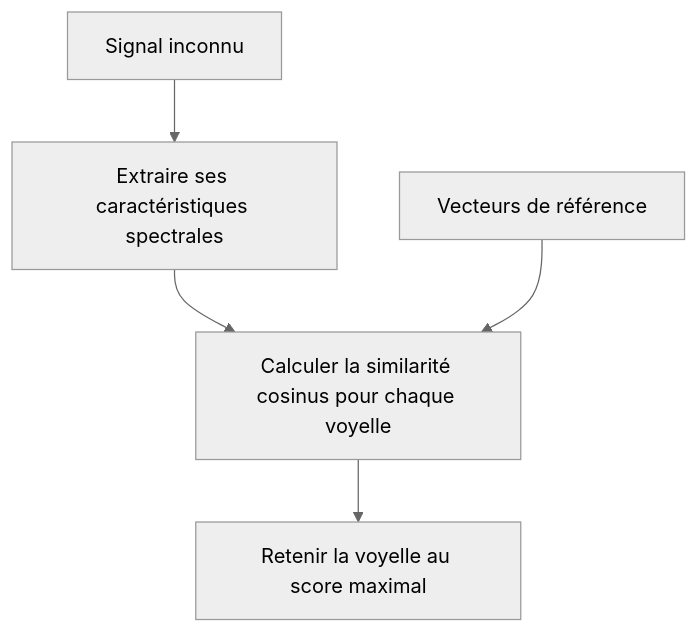
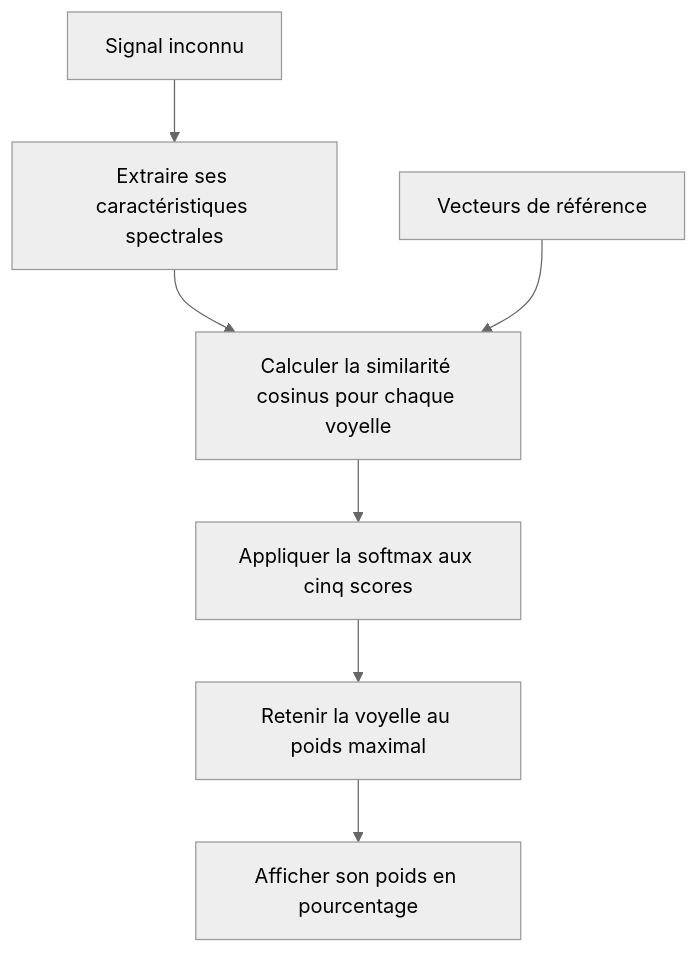
Before and after one commit to nayzflux/prediction-voyelles: the second of 2 diagrams in README.md, drawn with Mermaid (neutral theme). The commit also changed other lines of this file and 1 other file, not shown here.

Commit message:
add softmax for confidence

````diff
--- a/README.md
+++ b/README.md
@@ -90,7 +102,9 @@
 ```mermaid
 flowchart TD
     A["Signal inconnu"] --> B["Extraire ses caractéristiques spectrales"]
     B --> C["Calculer la similarité cosinus pour chaque voyelle"]
     D["Vecteurs de référence"] --> C
-    C --> E["Retenir la voyelle au score maximal"]
+    C --> E["Appliquer la softmax aux cinq scores"]
+    E --> F["Retenir la voyelle au poids maximal"]
+    F --> G["Afficher son poids en pourcentage"]
 ```
````
